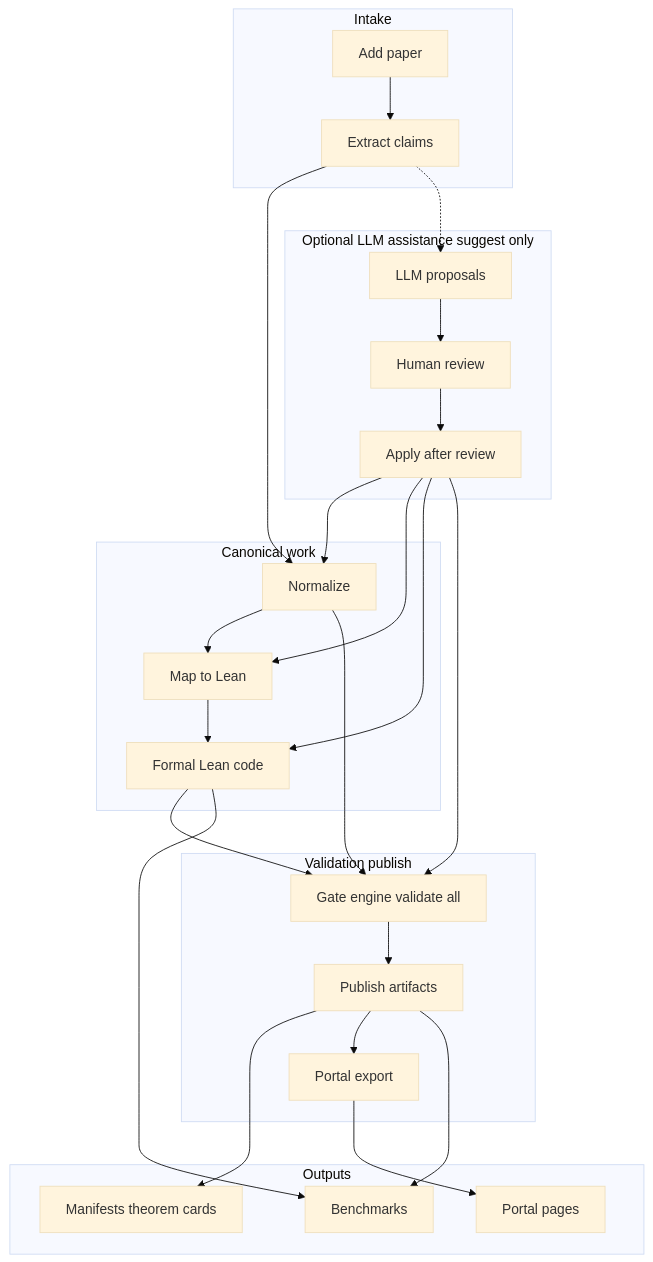
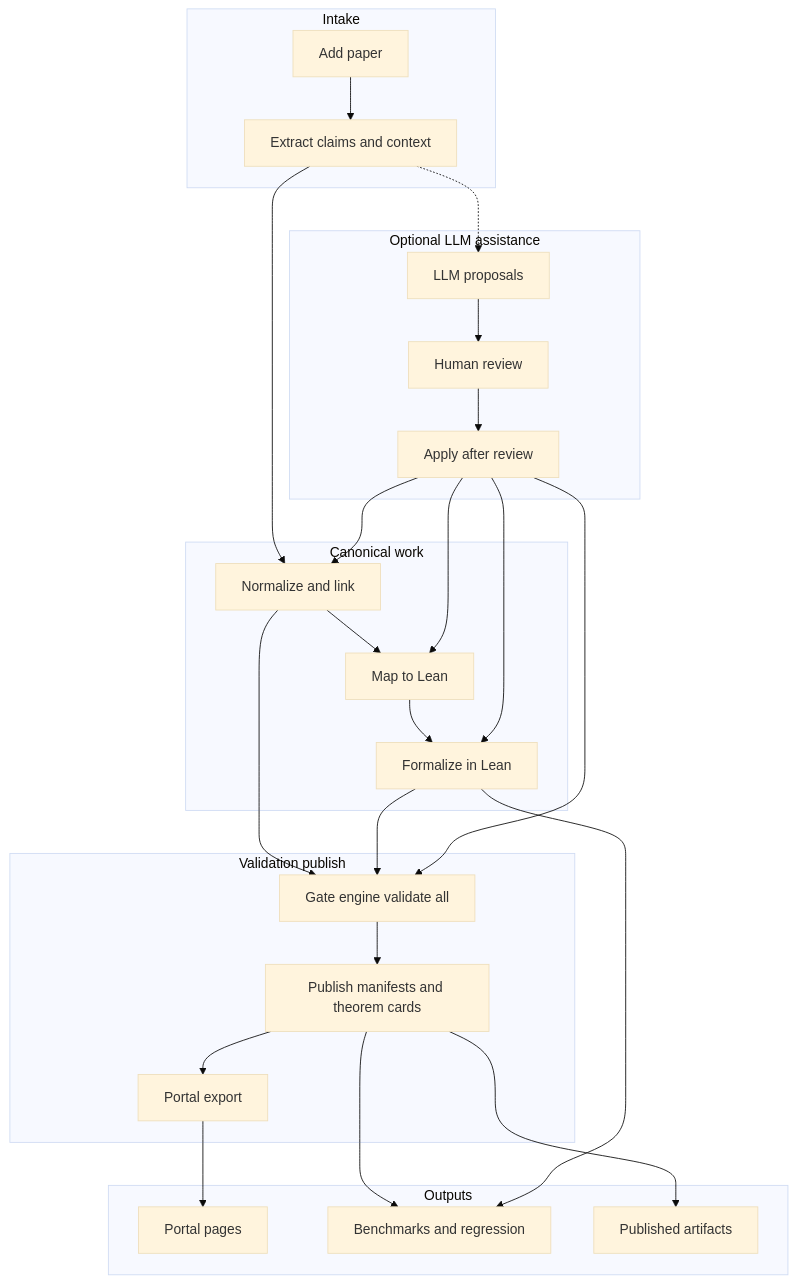
One commit to fraware/scientific-memory changed the diagram in README.md. Above: the diagram before and after it, drawn with Mermaid (base theme).

````diff
--- a/README.md
+++ b/README.md
@@ -104,52 +104,52 @@
 ```mermaid
 flowchart TD
   subgraph intake [Intake]
     Add[Add paper]
-    Extract[Extract claims]
+    Extract[Extract claims and context]
   end
 
-  subgraph canonical [Canonical work]
-    Norm[Normalize]
-    Map[Map to Lean]
-    Formal[Formal Lean code]
-  end
-
-  subgraph optional [Optional LLM assistance suggest only]
+  subgraph optional [Optional LLM assistance]
     LLM[LLM proposals]
     Review[Human review]
     Apply[Apply after review]
   end
 
+  subgraph canonical [Canonical work]
+    Norm[Normalize and link]
+    Map[Map to Lean]
+    Formal[Formalize in Lean]
+  end
+
   subgraph validation [Validation publish]
     Gates[Gate engine validate all]
-    Publish[Publish artifacts]
+    Publish[Publish manifests and theorem cards]
     Export[Portal export]
   end
 
   subgraph outputs [Outputs]
     Portal[Portal pages]
-    Bench[Benchmarks]
-    Manifests[Manifests theorem cards]
+    Bench[Benchmarks and regression]
+    Manifests[Published artifacts]
   end
 
   Add --> Extract
   Extract --> Norm
   Norm --> Map
   Map --> Formal
+  Norm --> Gates
   Formal --> Gates
-  Norm --> Gates
   Gates --> Publish
   Publish --> Manifests
   Publish --> Export
   Export --> Portal
   Publish --> Bench
   Formal --> Bench
 
   Extract -.-> LLM
   LLM --> Review
   Review --> Apply
   Apply --> Norm
   Apply --> Map
   Apply --> Formal
   Apply --> Gates
 ```
````
